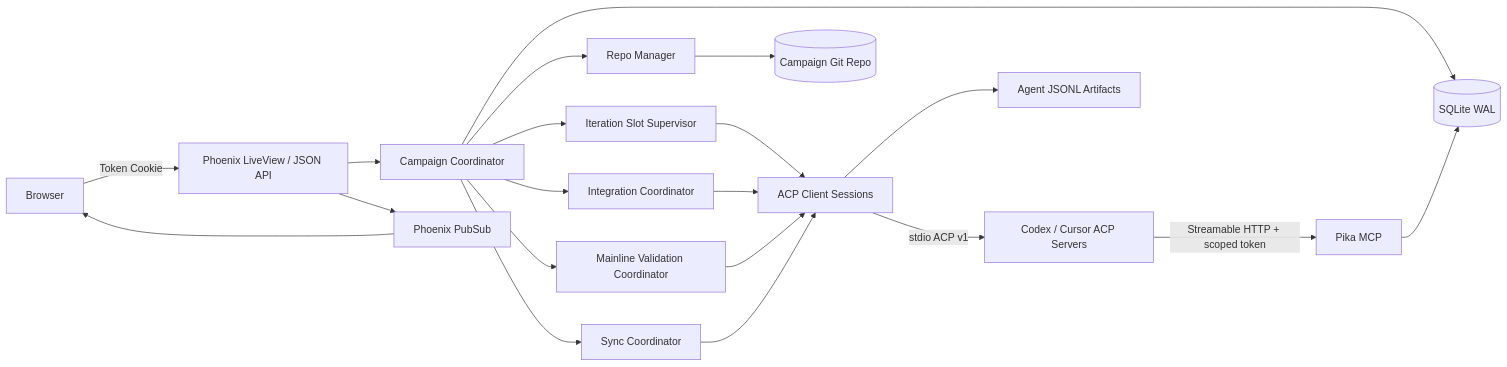
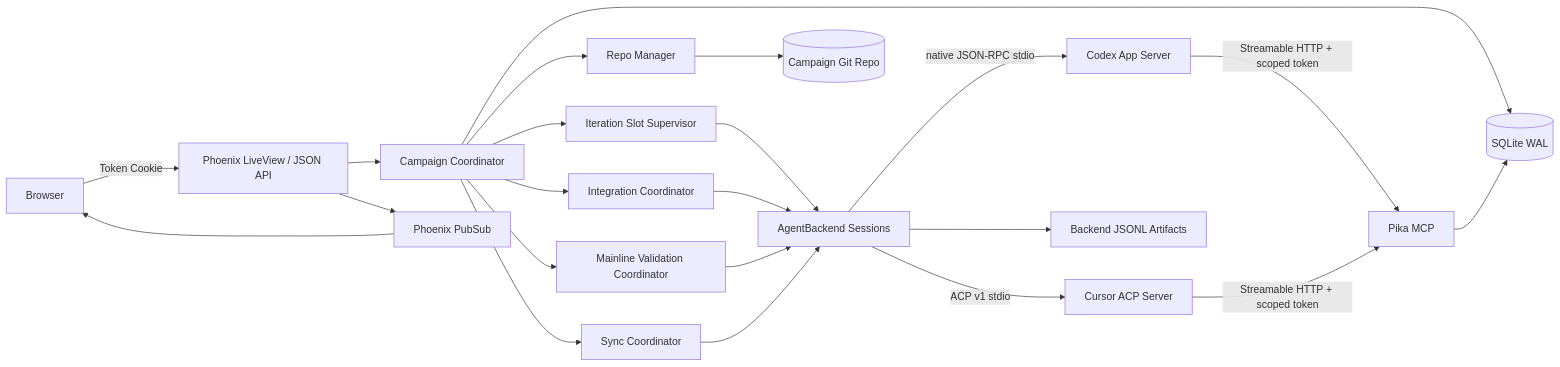
Before and after one commit to reyoung/pika: the first of 2 diagrams in docs/design/architecture.md, drawn with Mermaid. The commit also changed other lines of this file and 30 other files, not shown here.

Commit message:
docs: use native agent backend protocols

````diff
--- a/docs/design/architecture.md
+++ b/docs/design/architecture.md
@@ -22,22 +22,24 @@
 ```mermaid
 flowchart LR
     Browser[Browser] -->|Token Cookie| Web[Phoenix LiveView / JSON API]
     Web --> Coordinator[Campaign Coordinator]
     Web --> PubSub[Phoenix PubSub]
     Coordinator --> DB[(SQLite WAL)]
     Coordinator --> Repo[Repo Manager]
     Coordinator --> Slots[Iteration Slot Supervisor]
     Coordinator --> Integration[Integration Coordinator]
     Coordinator --> Validation[Mainline Validation Coordinator]
     Coordinator --> Sync[Sync Coordinator]
-    Slots --> ACP[ACP Client Sessions]
-    Integration --> ACP
-    Validation --> ACP
-    Sync --> ACP
-    ACP -->|stdio ACP v1| Backends[Codex / Cursor ACP Servers]
-    Backends -->|Streamable HTTP + scoped token| MCP[Pika MCP]
+    Slots --> Sessions[AgentBackend Sessions]
+    Integration --> Sessions
+    Validation --> Sessions
+    Sync --> Sessions
+    Sessions -->|native JSON-RPC stdio| Codex[Codex App Server]
+    Sessions -->|ACP v1 stdio| Cursor[Cursor ACP Server]
+    Codex -->|Streamable HTTP + scoped token| MCP[Pika MCP]
+    Cursor -->|Streamable HTTP + scoped token| MCP
     MCP --> DB
-    ACP --> Logs[Agent JSONL Artifacts]
+    Sessions --> Logs[Backend JSONL Artifacts]
     Repo --> Git[(Campaign Git Repo)]
     PubSub --> Browser
 ```
````
